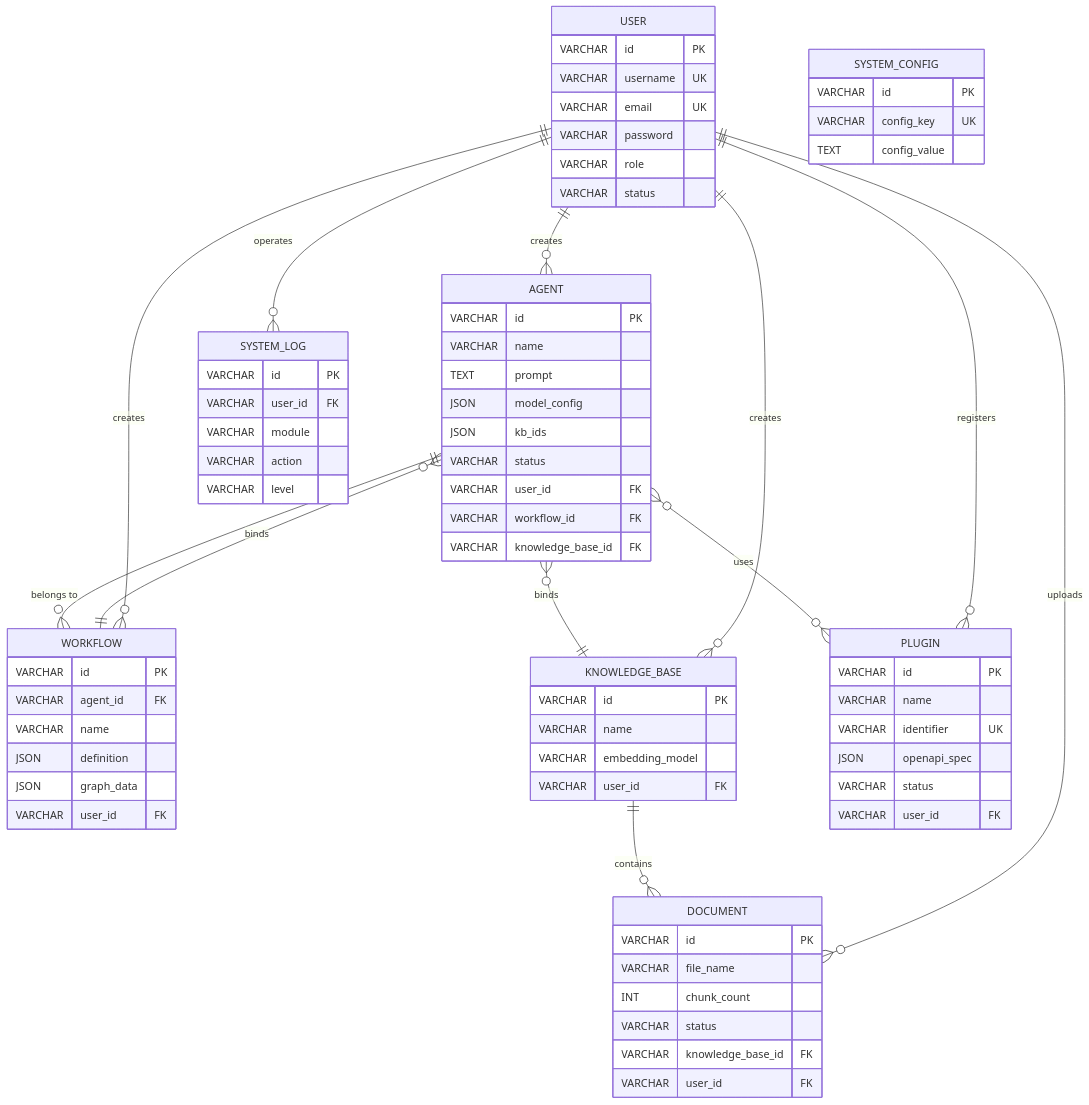
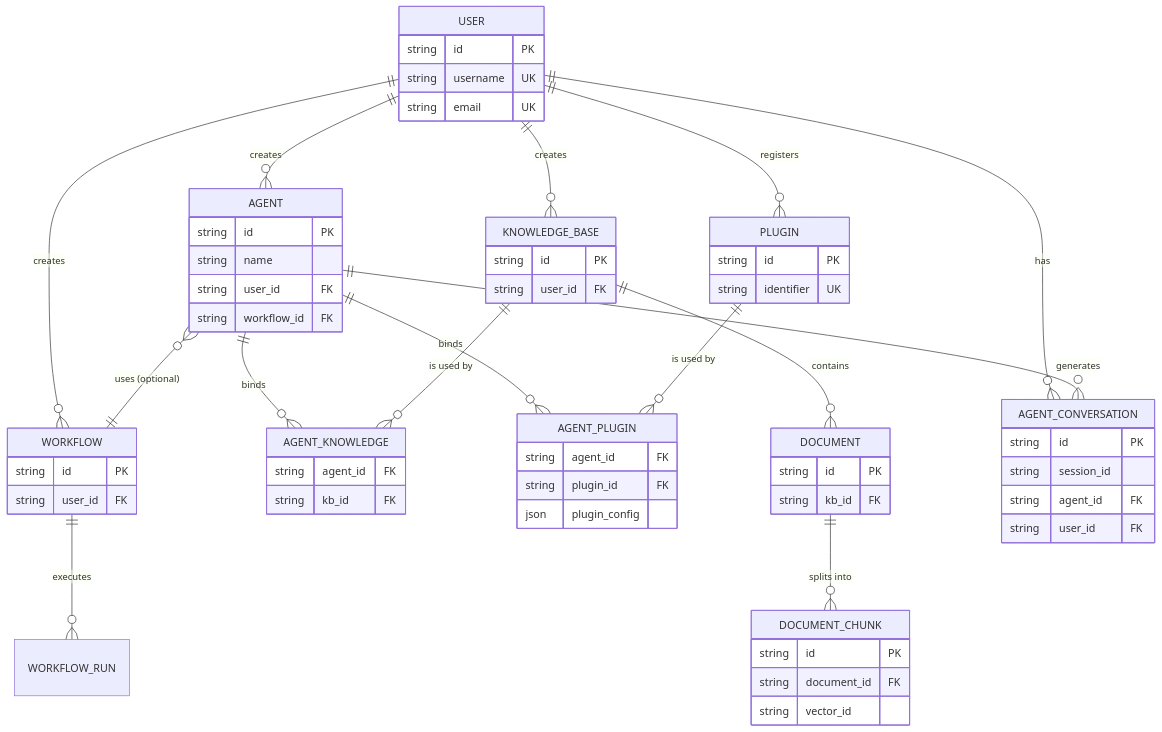
Before and after one commit to AquaArthur/ai-agent-platform: the diagram in docs/database.md, drawn with Mermaid. The commit also changed other lines of this file, not shown here.

````diff
--- a/docs/database.md
+++ b/docs/database.md
@@ -252,76 +370,70 @@
 ```mermaid
 erDiagram
     USER {
-        VARCHAR id PK
-        VARCHAR username UK
-        VARCHAR email UK
-        VARCHAR password
-        VARCHAR role
-        VARCHAR status
+        string id PK
+        string username UK
+        string email UK
     }
     AGENT {
-        VARCHAR id PK
-        VARCHAR name
-        TEXT prompt
-        JSON model_config
-        JSON kb_ids
-        VARCHAR status
-        VARCHAR user_id FK
-        VARCHAR workflow_id FK
-        VARCHAR knowledge_base_id FK
+        string id PK
+        string name
+        string user_id FK
+        string workflow_id FK
     }
     WORKFLOW {
-        VARCHAR id PK
-        VARCHAR agent_id FK
-        VARCHAR name
-        JSON definition
-        JSON graph_data
-        VARCHAR user_id FK
+        string id PK
+        string user_id FK
     }
     KNOWLEDGE_BASE {
-        VARCHAR id PK
-        VARCHAR name
-        VARCHAR embedding_model
-        VARCHAR user_id FK
+        string id PK
+        string user_id FK
+    }
+    PLUGIN {
+        string id PK
+        string identifier UK
+    }
+    AGENT_KNOWLEDGE {
+        string agent_id FK
+        string kb_id FK
+    }
+    AGENT_PLUGIN {
+        string agent_id FK
+        string plugin_id FK
+        json plugin_config
     }
     DOCUMENT {
-        VARCHAR id PK
-        VARCHAR file_name
-        INT chunk_count
-        VARCHAR status
-        VARCHAR knowledge_base_id FK
-        VARCHAR user_id FK
+        string id PK
+        string kb_id FK
     }
-    PLUGIN {
-        VARCHAR id PK
-        VARCHAR name
-        VARCHAR identifier UK
-        JSON openapi_spec
-        VARCHAR status
-        VARCHAR user_id FK
+    DOCUMENT_CHUNK {
+        string id PK
+        string document_id FK
+        string vector_id
     }
-    SYSTEM_LOG {
-        VARCHAR id PK
-        VARCHAR user_id FK
-        VARCHAR module
-        VARCHAR action
-        VARCHAR level
+    AGENT_CONVERSATION {
+        string id PK
+        string session_id
+        string agent_id FK
+        string user_id FK
     }
-    SYSTEM_CONFIG {
-        VARCHAR id PK
-        VARCHAR config_key UK
-        TEXT config_value
-    }
-    
+
     USER ||--o{ AGENT : "creates"
     USER ||--o{ WORKFLOW : "creates"
     USER ||--o{ KNOWLEDGE_BASE : "creates"
-    USER ||--o{ DOCUMENT : "uploads"
     USER ||--o{ PLUGIN : "registers"
-    USER ||--o{ SYSTEM_LOG : "operates"
-    AGENT }o--|| WORKFLOW : "binds"
-    AGENT }o--|| KNOWLEDGE_BASE : "binds"
-    AGENT }o--o{ PLUGIN : "uses"
-    WORKFLOW }o--|| AGENT : "belongs to"
+    USER ||--o{ AGENT_CONVERSATION : "has"
+
+    AGENT ||--o{ AGENT_KNOWLEDGE : "binds"
+    KNOWLEDGE_BASE ||--o{ AGENT_KNOWLEDGE : "is used by"
+    
+    AGENT ||--o{ AGENT_PLUGIN : "binds"
+    PLUGIN ||--o{ AGENT_PLUGIN : "is used by"
+
+    AGENT }o--|| WORKFLOW : "uses (optional)"
+
     KNOWLEDGE_BASE ||--o{ DOCUMENT : "contains"
+    DOCUMENT ||--o{ DOCUMENT_CHUNK : "splits into"
+
+    AGENT ||--o{ AGENT_CONVERSATION : "generates"
+    WORKFLOW ||--o{ WORKFLOW_RUN : "executes"
 ```
````
